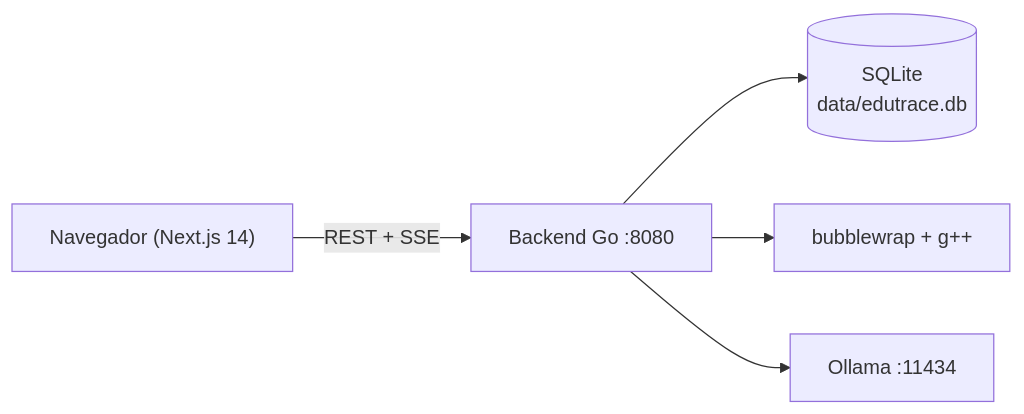
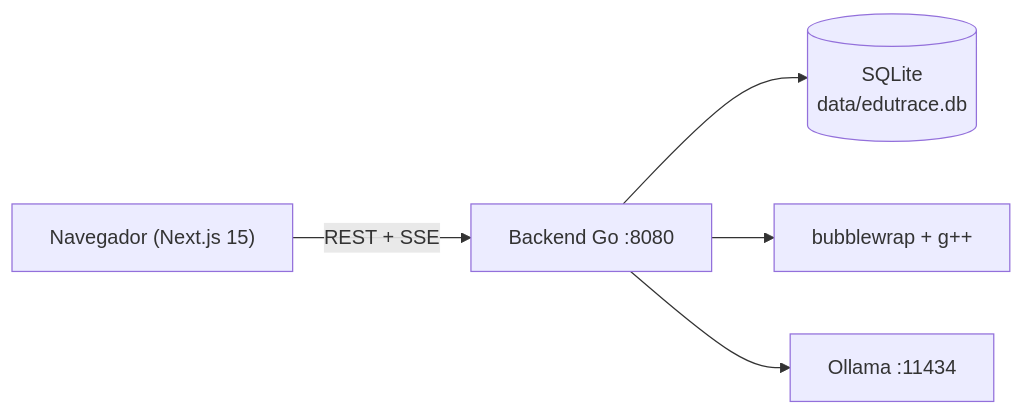
One commit to x19marlon/EDU-TRACE changed the diagram in README.md. Above: the diagram before and after it, drawn with Mermaid. The commit also changed other lines of this file and 140 other files, not shown here.

````diff
--- a/README.md
+++ b/README.md
@@ -39,7 +49,7 @@
 ```mermaid
 flowchart LR
-    W["Navegador (Next.js 14)"] -->|"REST + SSE"| B["Backend Go :8080"]
+    W["Navegador (Next.js 15)"] -->|"REST + SSE"| B["Backend Go :8080"]
     B --> D[("SQLite<br/>data/edutrace.db")]
     B --> S["bubblewrap + g++"]
     B --> O["Ollama :11434"]
 ```
````
